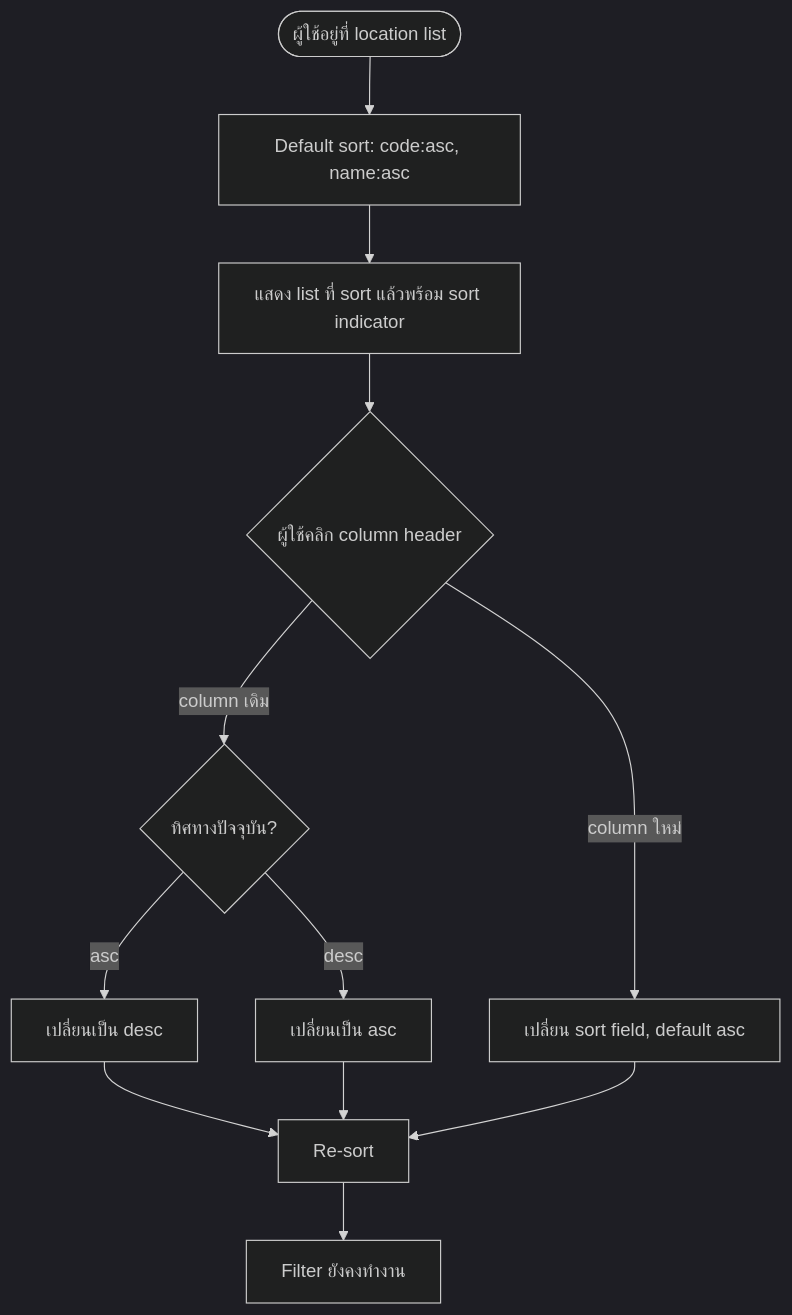
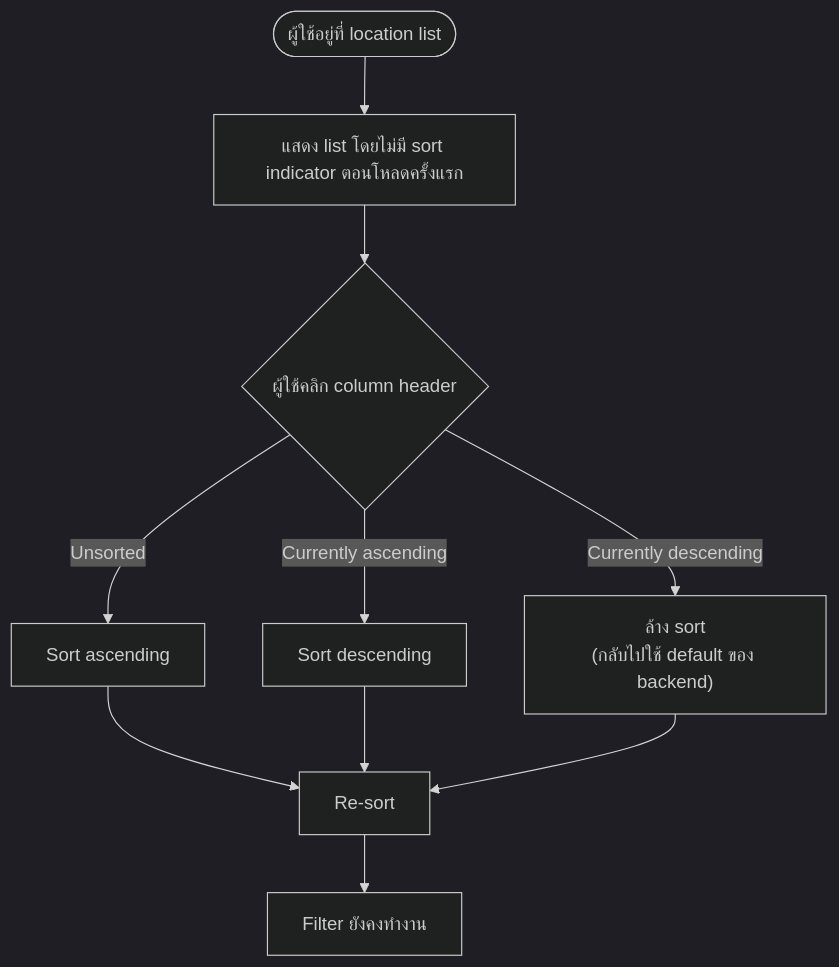
One commit to CarmenSoftware-organization/carmen-wiki changed the first of 3 diagrams in th/inventory/master-data/location.md. Above: the diagram before and after it, drawn with Mermaid (dark theme). The commit also changed other lines of this file and 20 other files, not shown here.

Commit message:
fix(product,master-data,recipe): correct 13 diagrams against code, drop disabled-export diagram (review round 1)

````diff
--- a/th/inventory/master-data/location.md
+++ b/th/inventory/master-data/location.md
@@ -44,14 +44,12 @@
 ```mermaid
 flowchart TD
-    Start(["ผู้ใช้อยู่ที่ location list"]) --> InitialSort["Default sort: code:asc, name:asc"]
-    InitialSort --> DisplayList["แสดง list ที่ sort แล้วพร้อม sort indicator"]
+    Start(["ผู้ใช้อยู่ที่ location list"]) --> DisplayList["แสดง list โดยไม่มี sort indicator ตอนโหลดครั้งแรก"]
     DisplayList --> UserClick{"ผู้ใช้คลิก column header"}
-    UserClick -->|"column เดิม"| CheckDirection{"ทิศทางปัจจุบัน?"}
-    CheckDirection -->|"asc"| ReverseSort["เปลี่ยนเป็น desc"]
-    CheckDirection -->|"desc"| ChangeToAsc["เปลี่ยนเป็น asc"]
-    UserClick -->|"column ใหม่"| NewSort["เปลี่ยน sort field, default asc"]
-    ReverseSort --> ReSort["Re-sort"]
-    ChangeToAsc --> ReSort
-    NewSort --> ReSort
+    UserClick -->|"Unsorted"| SetAsc["Sort ascending"]
+    UserClick -->|"Currently ascending"| SetDesc["Sort descending"]
+    UserClick -->|"Currently descending"| ClearSort["ล้าง sort<br/>(กลับไปใช้ default ของ backend)"]
+    SetAsc --> ReSort["Re-sort"]
+    SetDesc --> ReSort
+    ClearSort --> ReSort
     ReSort --> MaintainFilters["Filter ยังคงทำงาน"]
 ```
````
